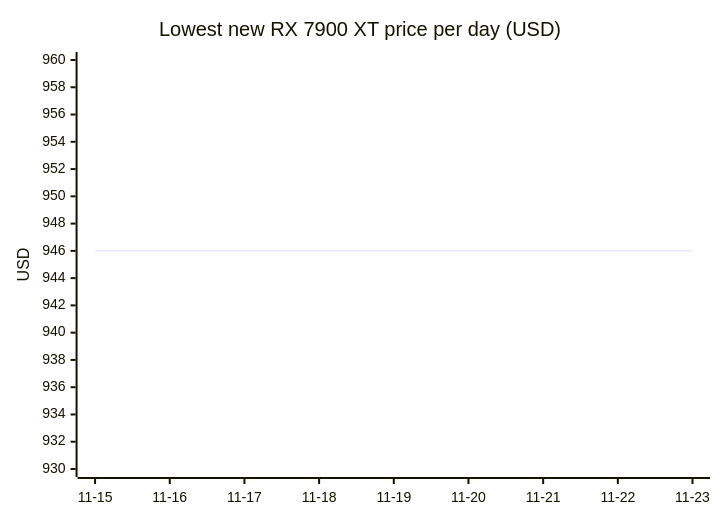
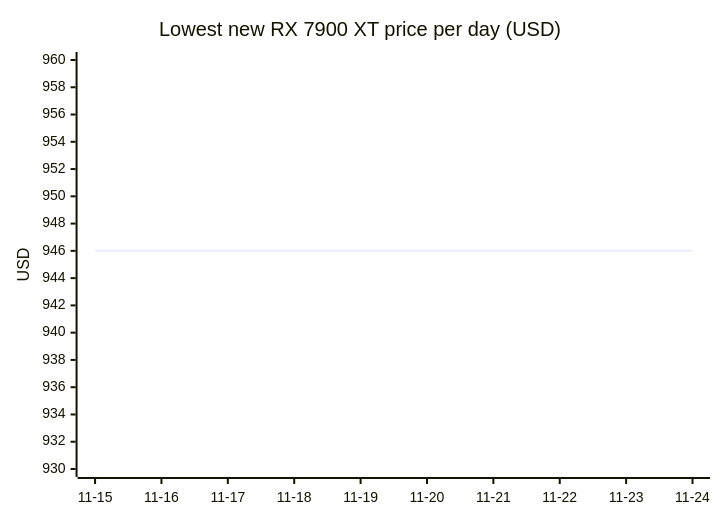
One commit to 7324136828/4tb_ssd_price_watch changed diagram 14 of 18 in README.md. Above: the diagram before and after it, drawn with Mermaid. The commit also changed other lines of this file, not shown here.

````diff
--- a/README.md
+++ b/README.md
@@ -1177,7 +1247,7 @@
 ```mermaid
 xychart-beta
     title "Lowest new RX 7900 XT price per day (USD)"
-    x-axis ["11-15", "11-16", "11-17", "11-18", "11-19", "11-20", "11-21", "11-22", "11-23"]
+    x-axis ["11-15", "11-16", "11-17", "11-18", "11-19", "11-20", "11-21", "11-22", "11-23", "11-24"]
     y-axis "USD" 930 --> 960
-    line [946.00, 946.00, 946.00, 946.00, 946.00, 946.00, 946.00, 946.00, 946.00]
+    line [946.00, 946.00, 946.00, 946.00, 946.00, 946.00, 946.00, 946.00, 946.00, 946.00]
 ```
````
